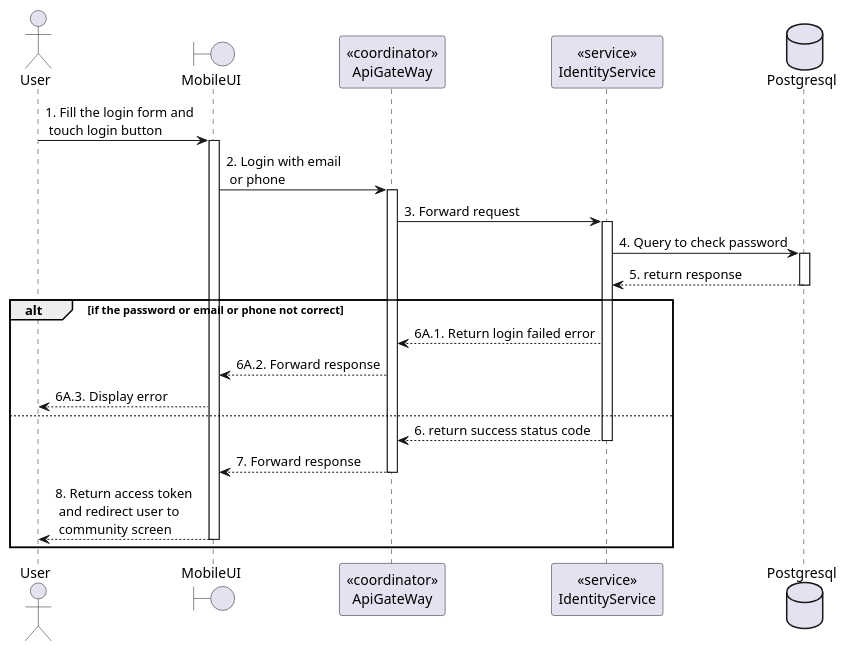
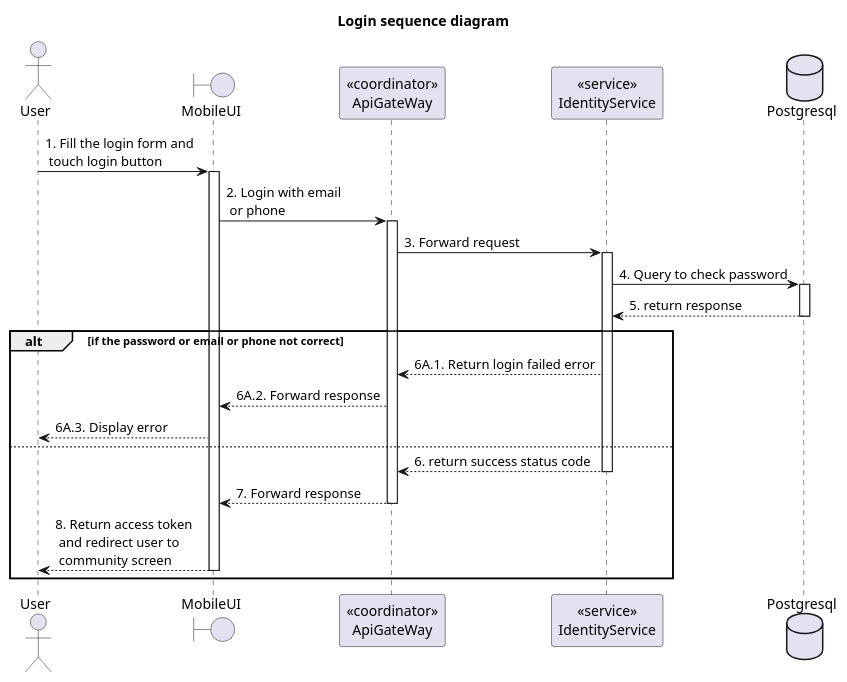
One commit to Carl-Johnsons/tastopia changed the diagram in doc/SDS/Identity/Login/Sequence.plantuml. Above: the diagram before and after it, drawn with PlantUML. The commit also changed 4 other files, not shown here.

Commit message:
doc: update identity sequence

```diff
--- a/doc/SDS/Identity/Login/Sequence.plantuml
+++ b/doc/SDS/Identity/Login/Sequence.plantuml
@@ -1,35 +1,26 @@
 @startuml Login
+title "Login sequence diagram"
+
 actor User
 boundary MobileUI
 participant "<<coordinator>>\nApiGateWay" as ApiGateway
 participant "<<service>>\nIdentityService" as IdentityService
 database Postgresql
 
-User -> MobileUI: 1. Fill the login form and \n touch login button
-activate MobileUI
-
-MobileUI -> ApiGateway: 2. Login with email\n or phone
-activate ApiGateway
-
-ApiGateway -> IdentityService: 3. Forward request
-activate IdentityService
-
-IdentityService -> Postgresql: 4. Query to check password
-activate Postgresql
-IdentityService <-- Postgresql: 5. return response
-deactivate Postgresql
+User -> MobileUI++: 1. Fill the login form and \n touch login button
+MobileUI -> ApiGateway++: 2. Login with email\n or phone
+ApiGateway -> IdentityService++: 3. Forward request
+IdentityService -> Postgresql++: 4. Query to check password
+IdentityService <-- Postgresql--: 5. return response
 
 alt if the password or email or phone not correct
     ApiGateway <-- IdentityService: 6A.1. Return login failed error
     MobileUI <-- ApiGateway: 6A.2. Forward response
     User <-- MobileUI: 6A.3. Display error
 else 
-    ApiGateway <-- IdentityService: 6. return success status code
-    deactivate IdentityService
-    MobileUI <-- ApiGateway: 7. Forward response
-    deactivate ApiGateway
-    User <-- MobileUI: 8. Return access token\n and redirect user to\n community screen
-    deactivate MobileUI
+    ApiGateway <-- IdentityService--: 6. return success status code
+    MobileUI <-- ApiGateway--: 7. Forward response
+    User <-- MobileUI--: 8. Return access token\n and redirect user to\n community screen
 end
 
 @enduml
```
